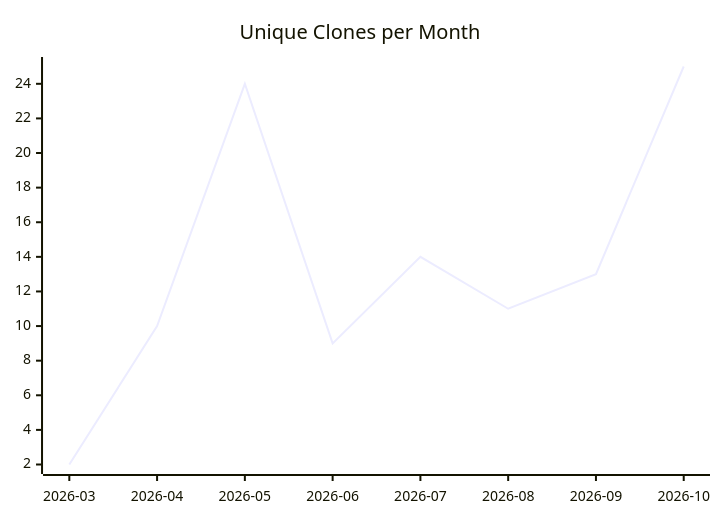
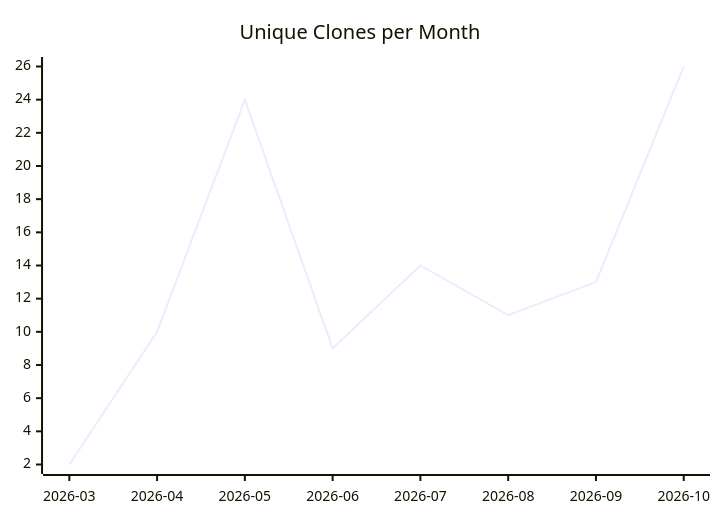
The third of 3 diagrams in karlmdavis/xmlpull/README.md (justdavis-family/github-analytics-data), drawn with Mermaid before and after one commit. The commit also changed other lines of this file and 200 other files, not shown here.

````diff
--- a/karlmdavis/xmlpull/README.md
+++ b/karlmdavis/xmlpull/README.md
@@ -19,6 +19,6 @@
 ```mermaid
 xychart-beta
   title "Unique Clones per Month"
   x-axis ["2026-03", "2026-04", "2026-05", "2026-06", "2026-07", "2026-08", "2026-09", "2026-10"]
-  line [2, 10, 24, 9, 14, 11, 13, 25]
+  line [2, 10, 24, 9, 14, 11, 13, 26]
 ```
````
